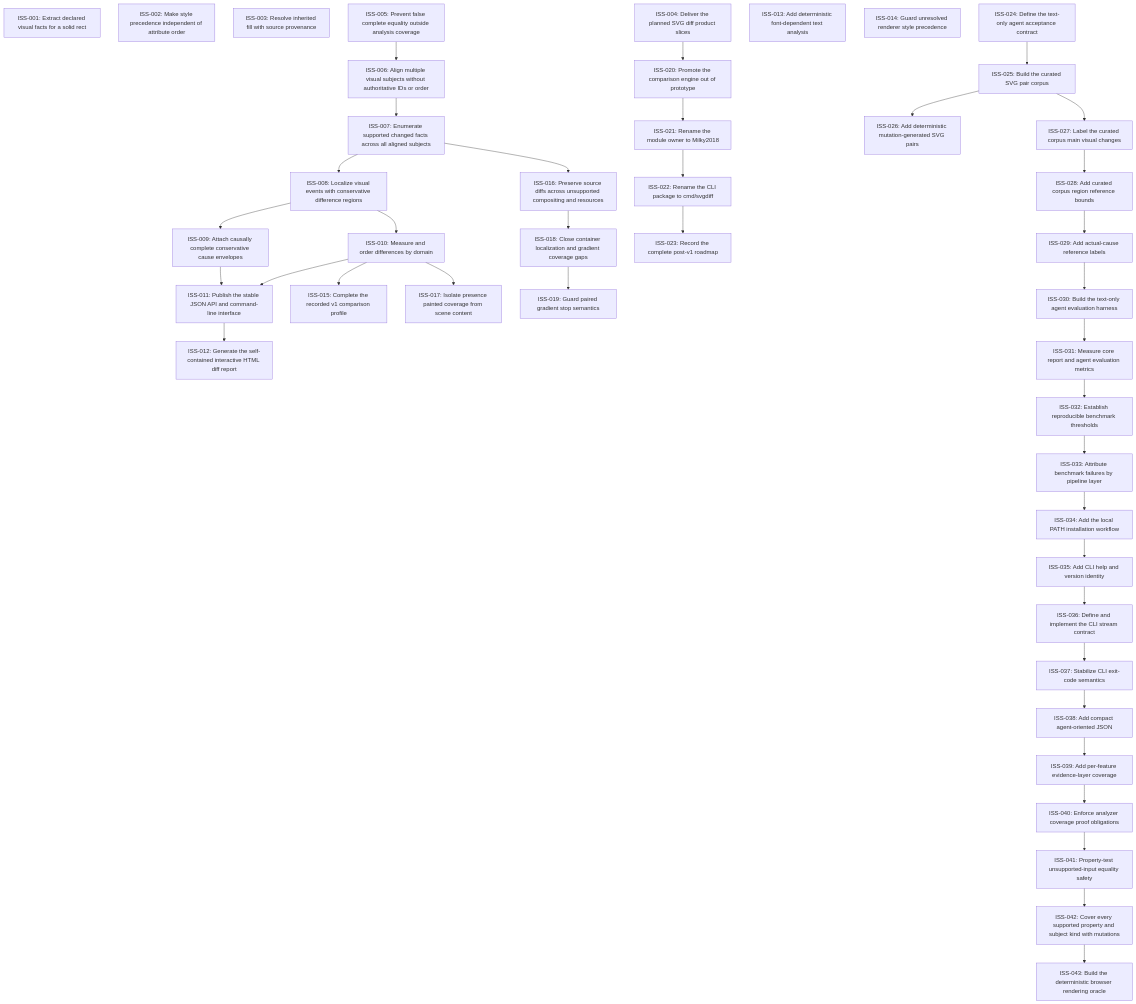
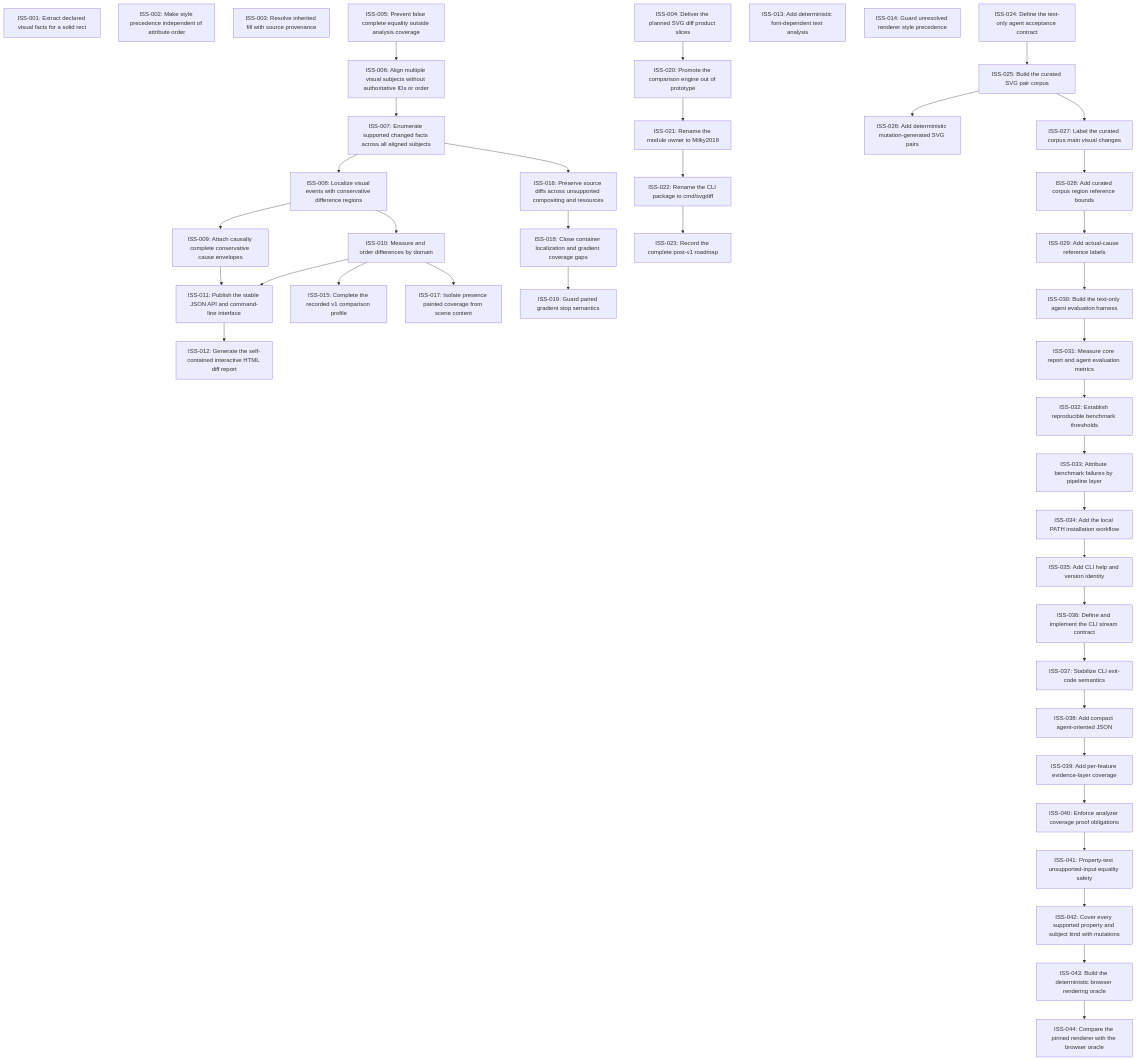
Before and after one commit to moonbit-community/svgdiff: the diagram in issues/README.md, drawn with Mermaid. The commit also changed 18 other files, not shown here.

````diff
--- a/issues/README.md
+++ b/issues/README.md
@@ -60,6 +60,7 @@
   ISS_041["ISS-041: Property-test unsupported-input equality safety"]
   ISS_042["ISS-042: Cover every supported property and subject kind with mutations"]
   ISS_043["ISS-043: Build the deterministic browser rendering oracle"]
+  ISS_044["ISS-044: Compare the pinned renderer with the browser oracle"]
   ISS_005 --> ISS_006
   ISS_006 --> ISS_007
   ISS_007 --> ISS_008
@@ -96,4 +97,5 @@
   ISS_040 --> ISS_041
   ISS_041 --> ISS_042
   ISS_042 --> ISS_043
+  ISS_043 --> ISS_044
 ```
````
